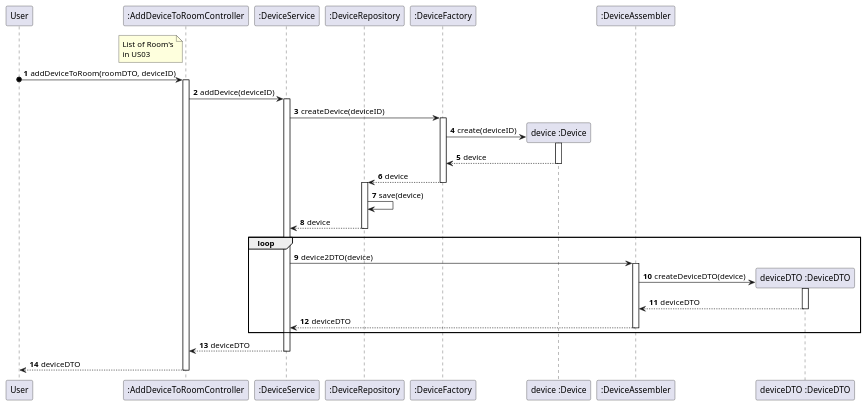
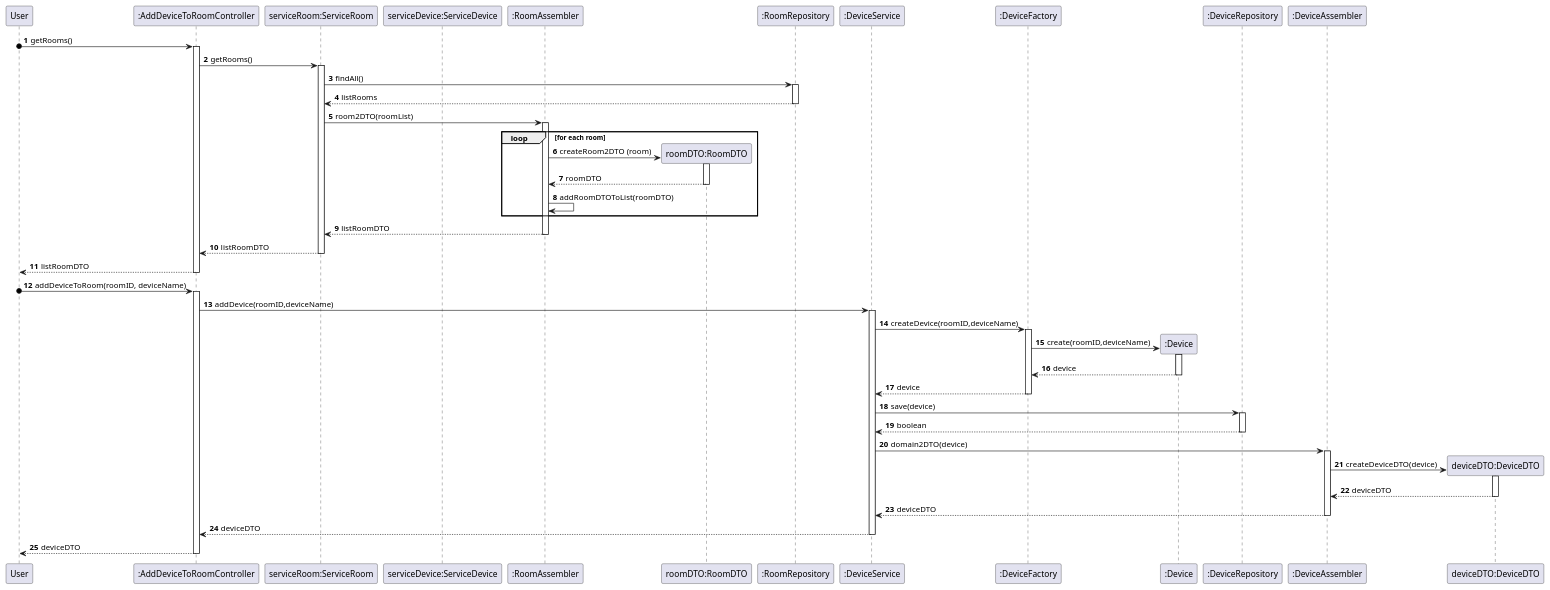
The diagram in docs/ood/sequenceDiagram/US05AddDeviceToRoom.puml (olivDiogo/SmartHome), drawn with PlantUML before and after one commit. The commit also changed 1 other file, not shown here.

Commit message:
#123 #125 Update sequence and class diagram US05

```diff
--- a/docs/ood/sequenceDiagram/US05AddDeviceToRoom.puml
+++ b/docs/ood/sequenceDiagram/US05AddDeviceToRoom.puml
@@ -1,63 +1,116 @@
 @startuml
 !pragma layout smetana
 
+
 participant User as User
+
 participant ":AddDeviceToRoomController" as Controller
+participant "serviceRoom:ServiceRoom" as ServiceRoom
+participant "serviceDevice:ServiceDevice" as ServiceDevice
+participant ":RoomAssembler" as RoomAssembler
+participant "roomDTO:RoomDTO" as RoomDTO
+participant ":RoomRepository" as RoomRepo
+participant ":DeviceAssembler" as DeviceAssembler
+participant "deviceDTO:DeviceDTO" as DeviceDTO
+participant ":Device" as Device
 participant ":DeviceService" as Service
-participant ":DeviceRepository" as Repository
 participant ":DeviceFactory" as Factory
 participant "device :Device" as Device
+participant ":DeviceRepository" as Repository
 participant ":DeviceAssembler" as DeviceAssembler
 participant "deviceDTO :DeviceDTO" as DeviceDTO
 autonumber
 
-note left of Controller
-    List of Room's
-    in US03
-end note
+User o-> Controller: getRooms()
 
-User o-> Controller : addDeviceToRoom(roomDTO, deviceID)
 activate Controller
 
-Controller -> Service : addDevice(deviceID)
+Controller -> ServiceRoom: getRooms()
+
+activate ServiceRoom
+
+ServiceRoom -> RoomRepo: findAll()
+
+activate RoomRepo
+
+RoomRepo --> ServiceRoom: listRooms
+
+deactivate RoomRepo
+
+ServiceRoom -> RoomAssembler : room2DTO(roomList)
+
+activate RoomAssembler
+
+loop for each room
+
+    create RoomDTO
+
+    RoomAssembler -> RoomDTO: createRoom2DTO (room)
+
+     activate RoomDTO
+
+     RoomDTO --> RoomAssembler: roomDTO
+
+      deactivate RoomDTO
+
+     RoomAssembler -> RoomAssembler: addRoomDTOToList(roomDTO)
+
+end
+RoomAssembler --> ServiceRoom: listRoomDTO
+
+deactivate RoomAssembler
+
+ServiceRoom --> Controller: listRoomDTO
+
+deactivate ServiceRoom
+Controller --> User : listRoomDTO
+deactivate Controller
+
+
+User o-> Controller : addDeviceToRoom(roomID, deviceName)
+activate Controller
+
+Controller -> Service : addDevice(roomID,deviceName)
 activate Service
 
-Service -> Factory : createDevice(deviceID)
+Service -> Factory : createDevice(roomID,deviceName)
 activate Factory
 
 create Device
-Factory -> Device : create(deviceID)
+Factory -> Device : create(roomID,deviceName)
 
 activate Device
 Device --> Factory : device
+
 deactivate Device
+Factory --> Service : device
 
-Factory --> Repository : device
 deactivate Factory
+Service -> Repository : save(device)
 
 activate Repository
-Repository -> Repository : save(device)
-Repository --> Service : device
+
+Repository --> Service : boolean
 deactivate Repository
 
-loop
-Service -> DeviceAssembler : device2DTO(device)
+
+Service -> DeviceAssembler : domain2DTO(device)
 create DeviceDTO
 
 activate DeviceAssembler
 DeviceAssembler -> DeviceDTO : createDeviceDTO(device)
 
 activate DeviceDTO
 DeviceDTO --> DeviceAssembler : deviceDTO
 deactivate DeviceDTO
 
 DeviceAssembler --> Service : deviceDTO
 deactivate DeviceAssembler
 
-end loop
+
 Service --> Controller : deviceDTO
 deactivate Service
 
 Controller --> User : deviceDTO
 deactivate Controller
 @enduml
```
